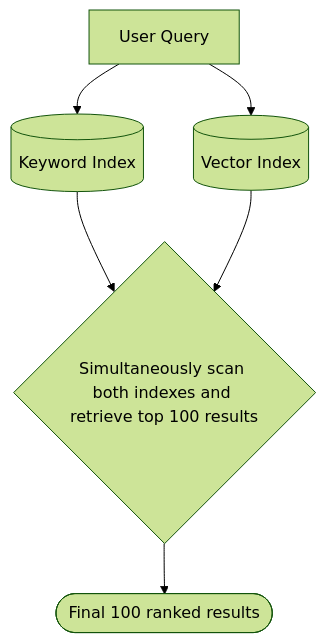
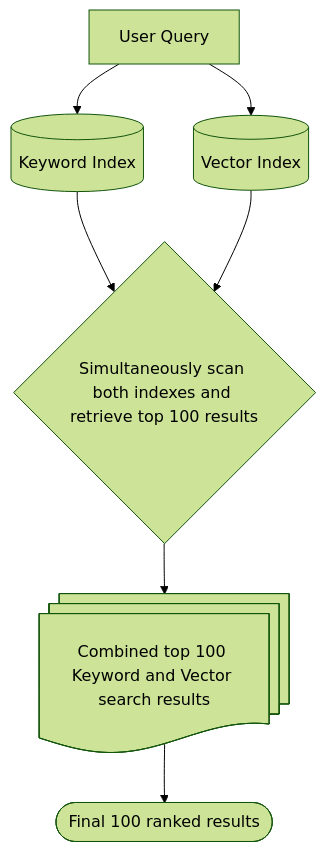
The second of 2 diagrams in docs/concepts/true-hybrid-search.mdx (topk-io/topk), drawn with Mermaid (forest theme) before and after one commit. The commit also changed other lines of this file and 2 other files, not shown here.

````diff
--- a/docs/concepts/true-hybrid-search.mdx
+++ b/docs/concepts/true-hybrid-search.mdx
@@ -38,10 +38,11 @@
 ```mermaid
 flowchart TD
     A[User Query]
     A --> B[(Keyword Index)]
     A --> C[(Vector Index)]
 
     B --> D{Simultaneously scan both indexes and retrieve top 100 results}
     C --> D
-    D --> G@{ shape: stadium, label: "Final 100 ranked results" }
+    D --> E@{ shape: docs, label: "Combined top 100 Keyword and Vector search results" }
+    E --> F@{ shape: stadium, label: "Final 100 ranked results" }
 ```
````
